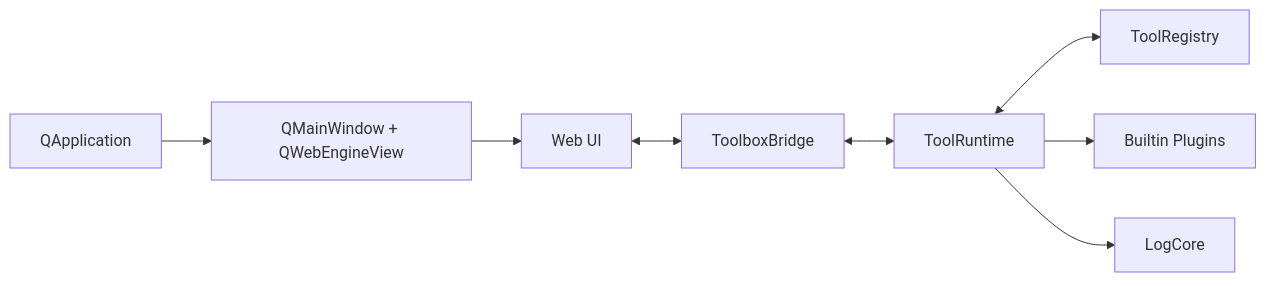
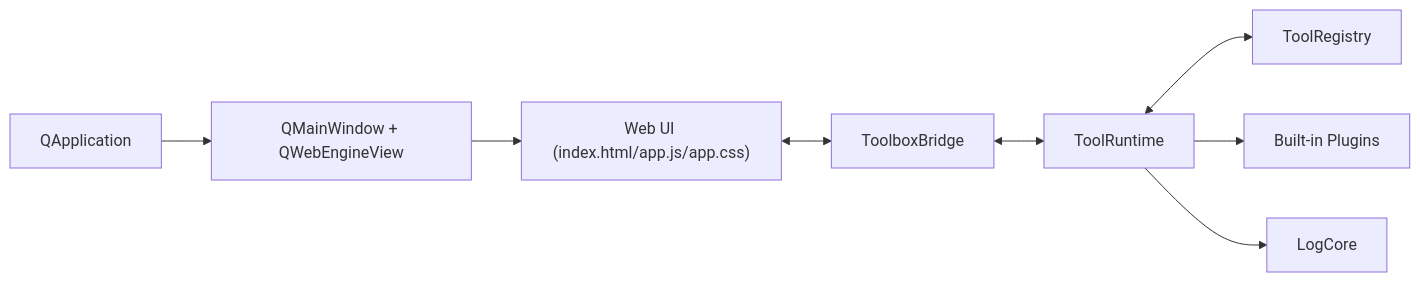
The diagram in docs/ARCHITECTURE.md (ljaupup/toolbox), drawn with Mermaid before and after one commit. The commit also changed other lines of this file and 7 other files, not shown here.

````diff
--- a/docs/ARCHITECTURE.md
+++ b/docs/ARCHITECTURE.md
@@ -54,10 +20,10 @@
 ```mermaid
 flowchart LR
     A["QApplication"] --> B["QMainWindow + QWebEngineView"]
-    B --> C["Web UI"]
+    B --> C["Web UI (index.html/app.js/app.css)"]
     C <--> D["ToolboxBridge"]
     D <--> E["ToolRuntime"]
     E <--> F["ToolRegistry"]
-    E --> G["Builtin Plugins"]
+    E --> G["Built-in Plugins"]
     E --> H["LogCore"]
 ```
````
